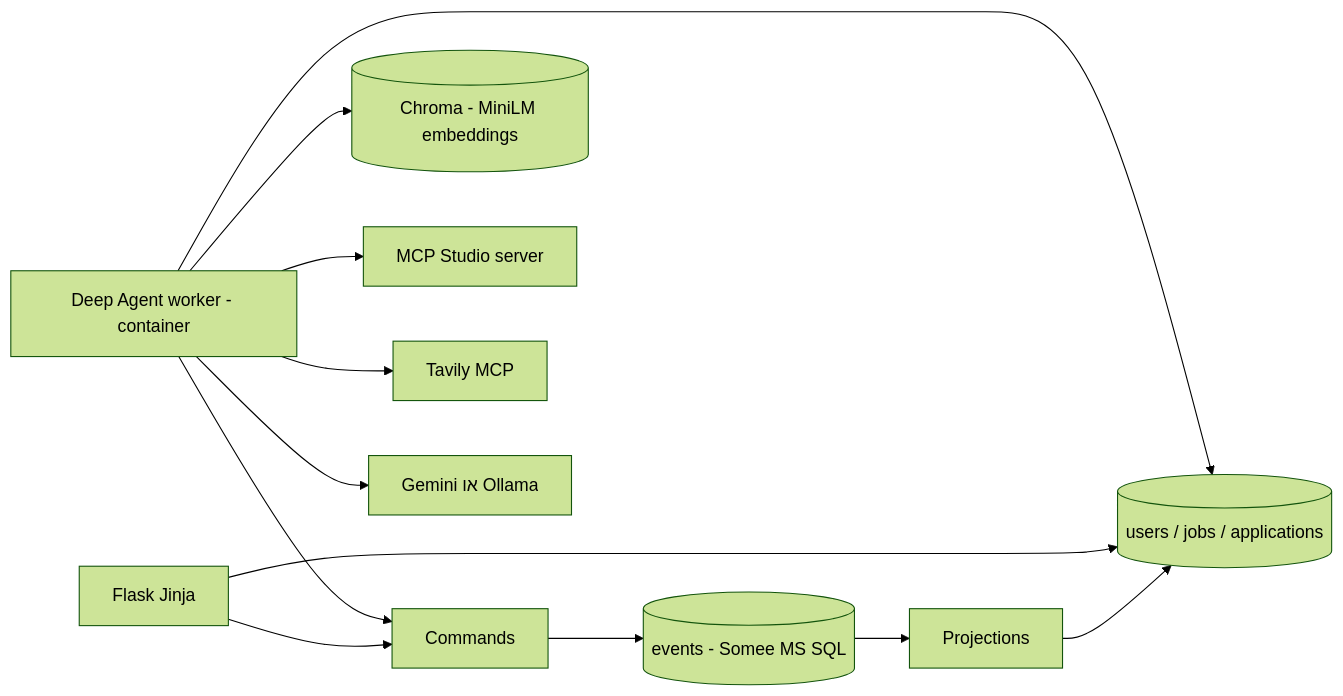
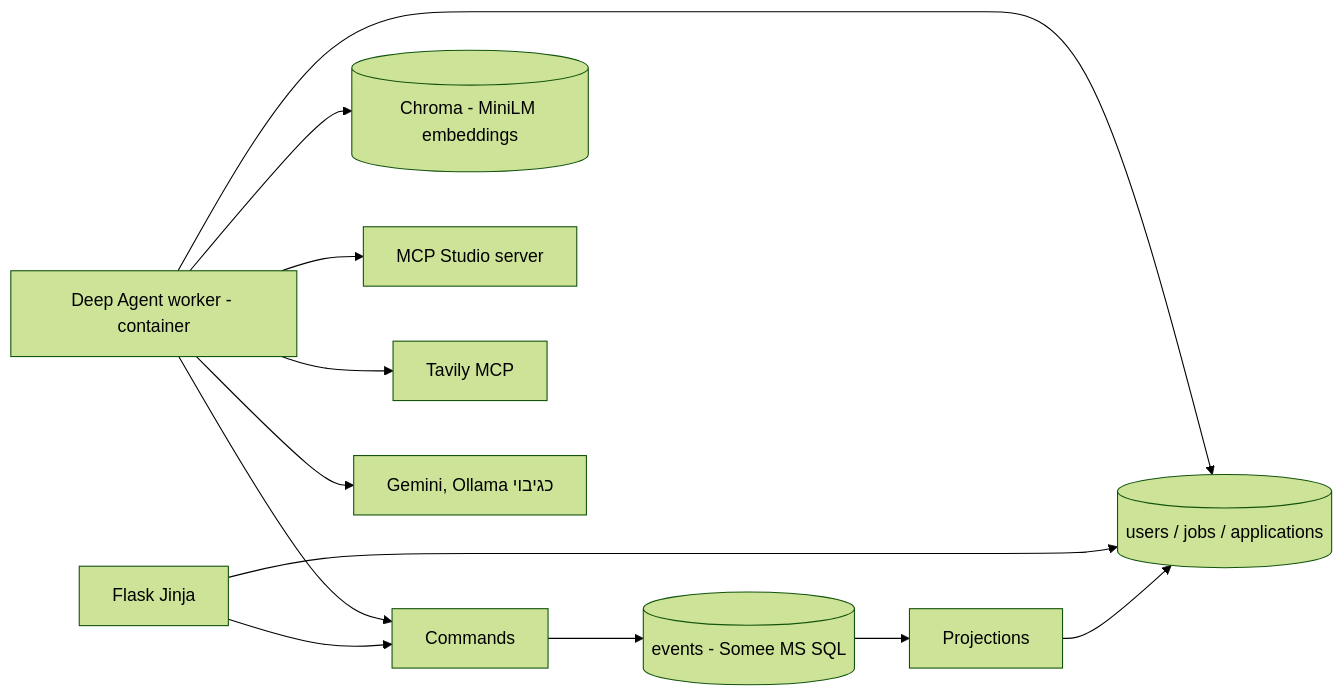
One commit to chanamerzel/AIproject changed the diagram in README.md. Above: the diagram before and after it, drawn with Mermaid (forest theme). The commit also changed other lines of this file and 20 other files, not shown here.

````diff
--- a/README.md
+++ b/README.md
@@ -9,14 +9,14 @@
 ```mermaid
 flowchart LR
   UI[Flask Jinja] --> CMD[Commands]
   CMD --> ES[(events - Somee MS SQL)]
   ES --> PR[Projections]
   PR --> Q[(users / jobs / applications)]
   UI --> Q
   W[Deep Agent worker - container] --> Q
   W --> CMD
   W --> CH[(Chroma - MiniLM embeddings)]
   W --> MCP[MCP Studio server]
   W --> TV[Tavily MCP]
-  W --> LLM[Gemini או Ollama]
+  W --> LLM[Gemini, Ollama כגיבוי]
 ```
````
